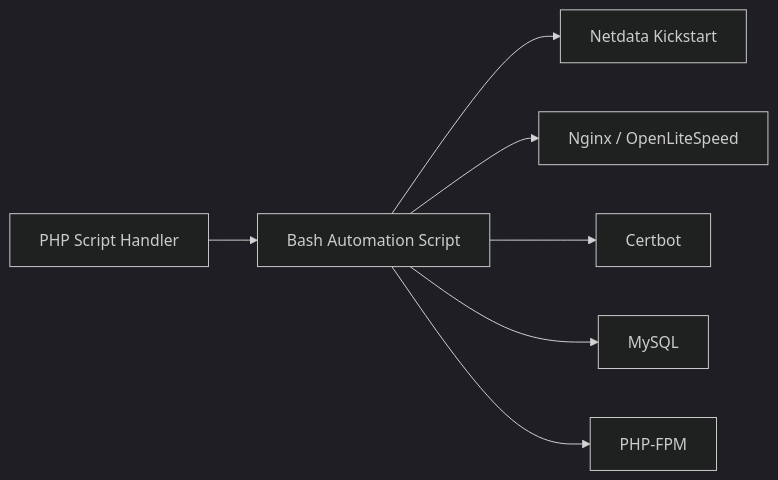
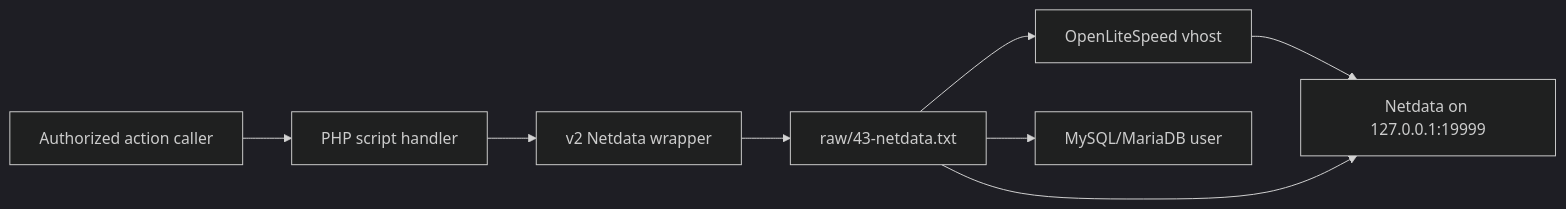
Before and after one commit to onedogsolutions/simple-stack: the diagram in .qoder/repowiki/en/content/Operational Tools/Monitoring Solutions/Netdata Real-time Monitoring.md, drawn with Mermaid (dark theme). The commit also changed other lines of this file and 5941 other files, not shown here.

````diff
--- a/.qoder/repowiki/en/content/Operational Tools/Monitoring Solutions/Netdata Real-time Monitoring.md
+++ b/.qoder/repowiki/en/content/Operational Tools/Monitoring Solutions/Netdata Real-time Monitoring.md
@@ -296,9 +22,10 @@
 ```mermaid
 graph LR
-PHP["PHP Script Handler"] --> Bash["Bash Automation Script"]
-Bash --> Installer["Netdata Kickstart"]
-Bash --> Webserver["Nginx / OpenLiteSpeed"]
-Bash --> Certbot["Certbot"]
-Bash --> Database["MySQL"]
-Bash --> PHPFPM["PHP-FPM"]
+    Caller["Authorized action caller"] --> Handler["PHP script handler"]
+    Handler --> Wrapper["v2 Netdata wrapper"]
+    Wrapper --> Raw["raw/43-netdata.txt"]
+    Raw --> OLS["OpenLiteSpeed vhost"]
+    OLS --> Agent["Netdata on 127.0.0.1:19999"]
+    Raw --> Agent
+    Raw --> MySQL["MySQL/MariaDB user"]
 ```
````
